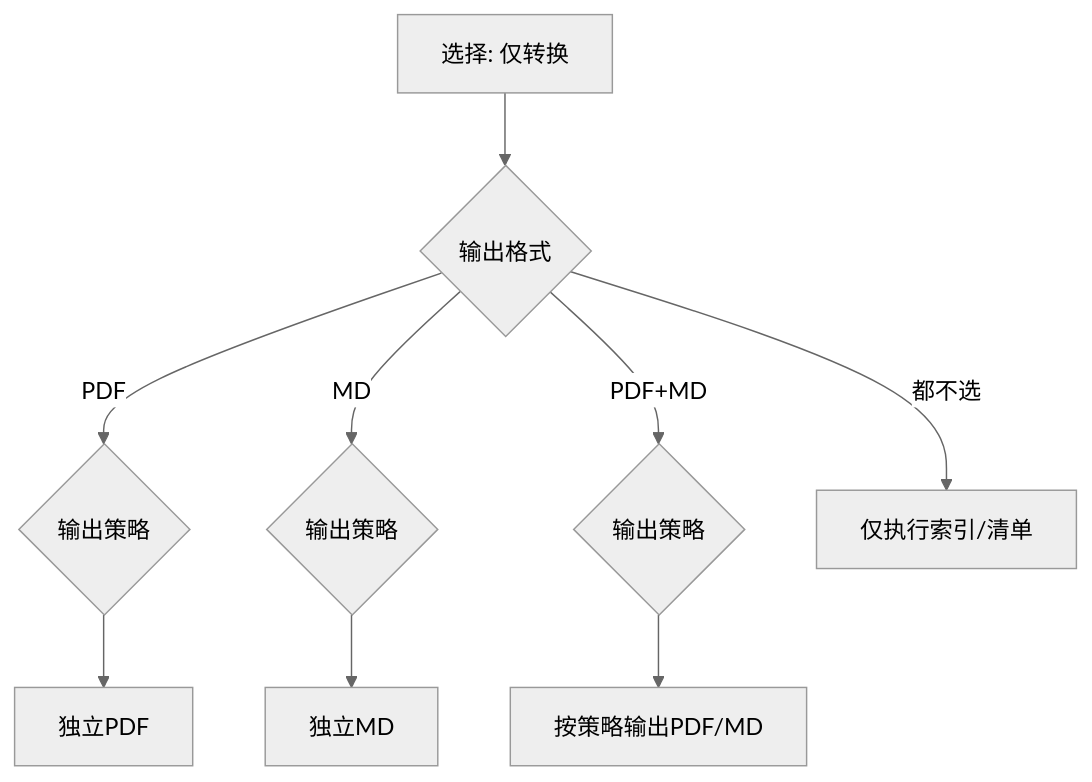
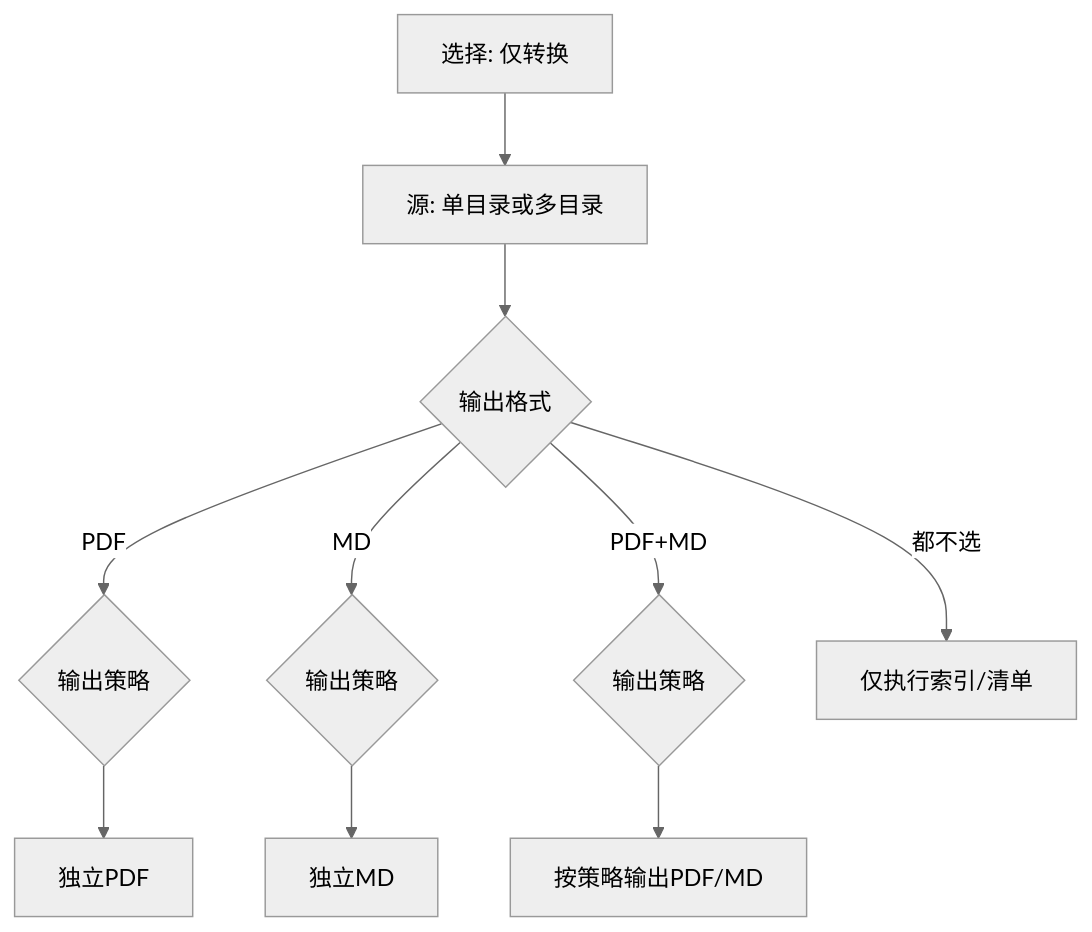
One commit to ts721521/ZhiWei2026 changed the second of 7 diagrams in 2026/使用说明书.md. Above: the diagram before and after it, drawn with Mermaid (neutral theme). The commit also changed other lines of this file and 10 other files, not shown here.

````diff
--- a/2026/使用说明书.md
+++ b/2026/使用说明书.md
@@ -396,11 +417,12 @@
 ```mermaid
 flowchart TD
-  A[选择: 仅转换] --> B{输出格式}
+  A[选择: 仅转换] --> A2[源: 单目录或多目录]
+  A2 --> B{输出格式}
   B -->|PDF| C{输出策略}
   B -->|MD| D{输出策略}
   B -->|PDF+MD| E{输出策略}
   B -->|都不选| Z[仅执行索引/清单]
   C --> C1[独立PDF]
   D --> D1[独立MD]
   E --> E1[按策略输出PDF/MD]
 ```
````
